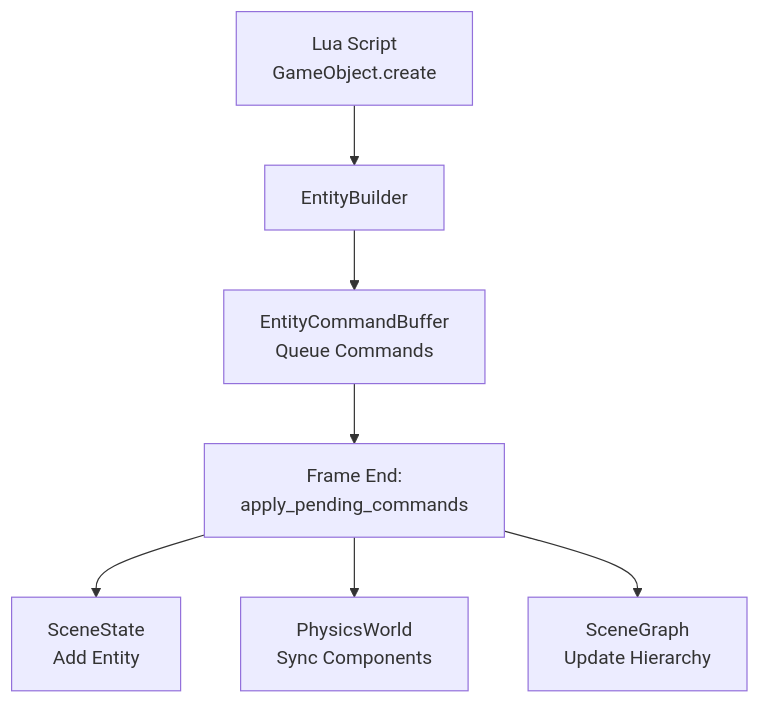
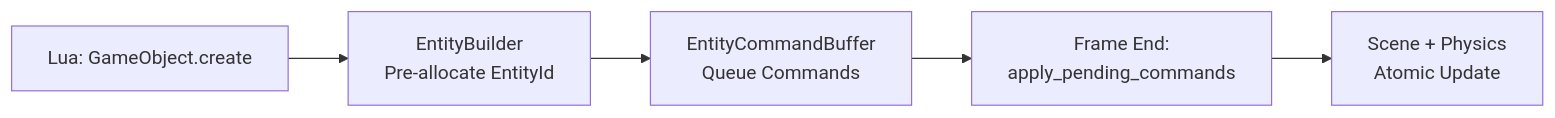
The diagram in rust/engine/crates/ecs-manager/CLAUDE.md (jonit-dev/vibe-coder-3d), drawn with Mermaid before and after one commit. The commit also changed other lines of this file and 6 other files, not shown here.

````diff
--- a/rust/engine/crates/ecs-manager/CLAUDE.md
+++ b/rust/engine/crates/ecs-manager/CLAUDE.md
@@ -14,9 +7,7 @@
 ```mermaid
-graph TD
-    A[Lua Script<br/>GameObject.create] --> B[EntityBuilder]
+graph LR
+    A[Lua: GameObject.create] --> B[EntityBuilder<br/>Pre-allocate EntityId]
     B --> C[EntityCommandBuffer<br/>Queue Commands]
     C --> D[Frame End:<br/>apply_pending_commands]
-    D --> E[SceneState<br/>Add Entity]
-    D --> F[PhysicsWorld<br/>Sync Components]
-    D --> G[SceneGraph<br/>Update Hierarchy]
+    D --> E[Scene + Physics<br/>Atomic Update]
 ```
````
